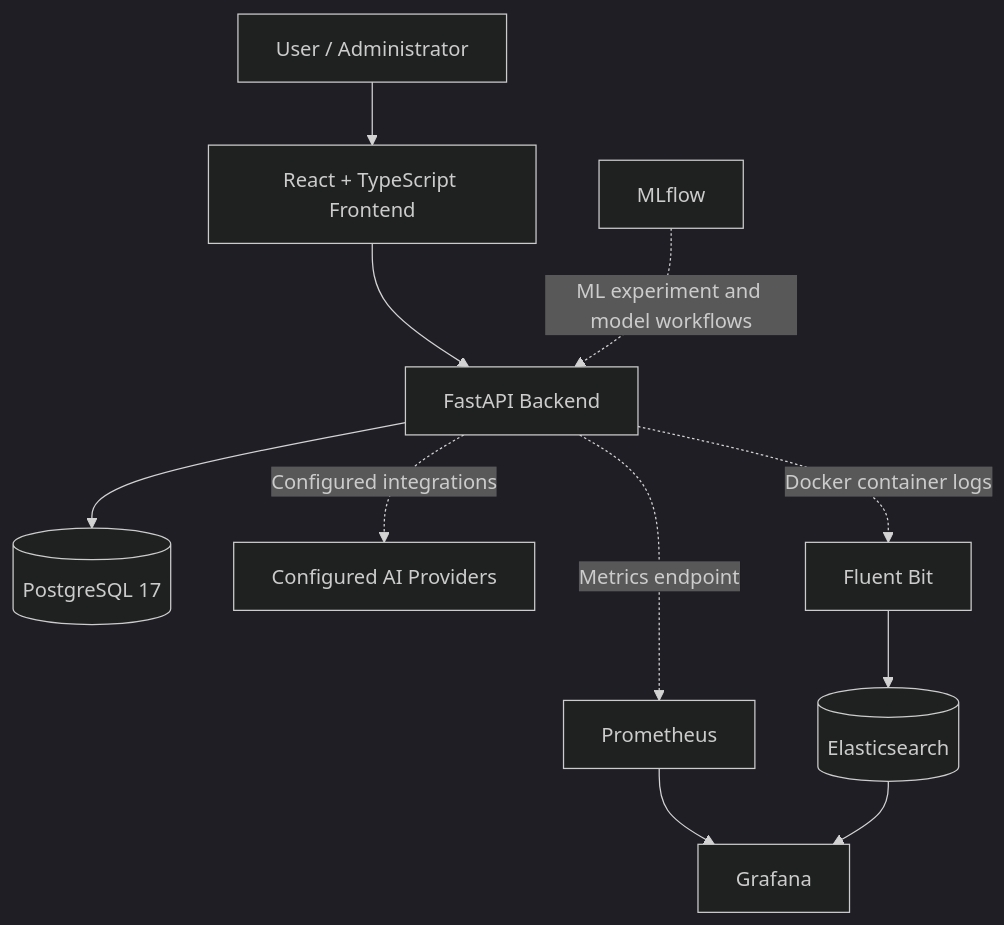
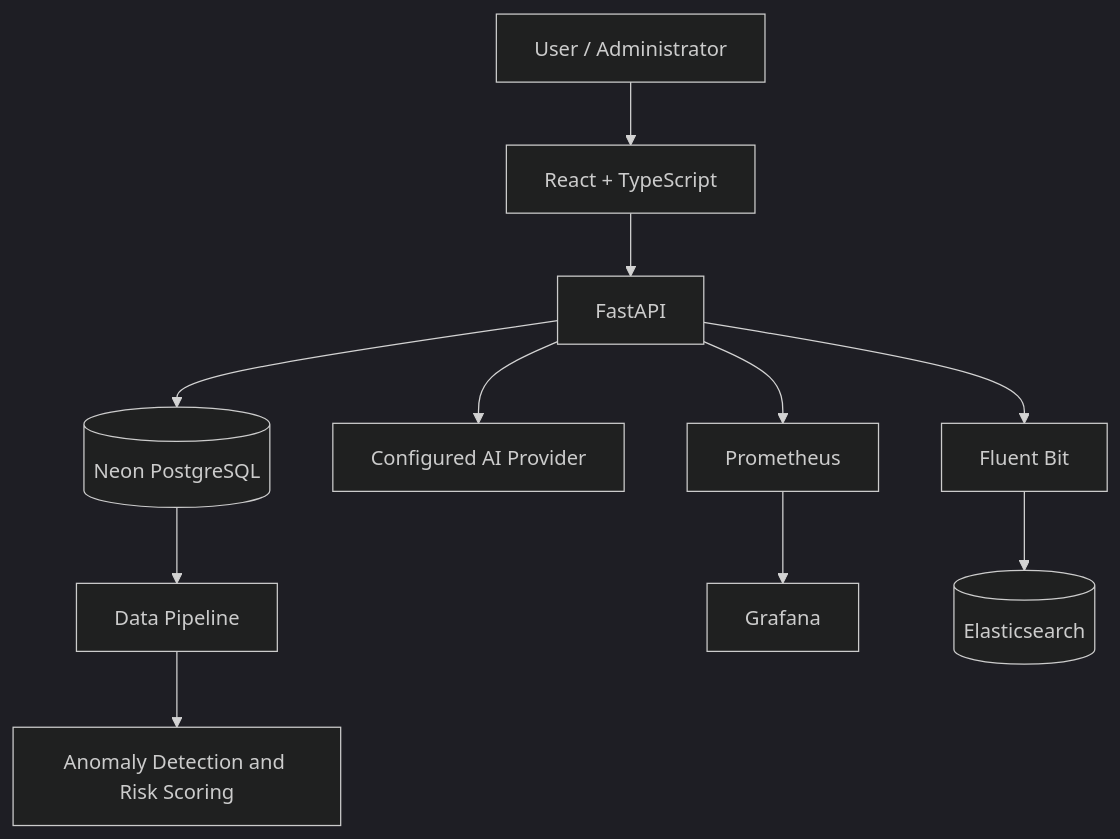
The diagram in README.md (Ghaith-Saidani/KBR), drawn with Mermaid (dark theme) before and after one commit. The commit also changed other lines of this file, not shown here.

````diff
--- a/README.md
+++ b/README.md
@@ -75,24 +67,25 @@
 ```mermaid
-flowchart TB
-    User["User / Administrator"]
-    Frontend["React + TypeScript Frontend"]
-    Backend["FastAPI Backend"]
-    Database[("PostgreSQL 17")]
-    AI["Configured AI Providers"]
-    MLflow["MLflow"]
-    Prometheus["Prometheus"]
-    Grafana["Grafana"]
-    FluentBit["Fluent Bit"]
-    Elasticsearch[("Elasticsearch")]
+flowchart TD
+    User[User / Administrator]
+    Frontend[React + TypeScript]
+    Backend[FastAPI]
+    Database[(Neon PostgreSQL)]
+    AI[Configured AI Provider]
+    Pipeline[Data Pipeline]
+    ML[Anomaly Detection and Risk Scoring]
+    Metrics[Prometheus]
+    Dashboards[Grafana]
+    Logs[Fluent Bit]
+    Search[(Elasticsearch)]
 
     User --> Frontend
     Frontend --> Backend
     Backend --> Database
-    Backend -. "Configured integrations" .-> AI
-    Backend -. "Metrics endpoint" .-> Prometheus
-    Prometheus --> Grafana
-    Backend -. "Docker container logs" .-> FluentBit
-    FluentBit --> Elasticsearch
-    Elasticsearch --> Grafana
-    MLflow -. "ML experiment and model workflows" .-> Backend
+    Backend --> AI
+    Database --> Pipeline
+    Pipeline --> ML
+    Backend --> Metrics
+    Metrics --> Dashboards
+    Backend --> Logs
+    Logs --> Search
 ```
````
